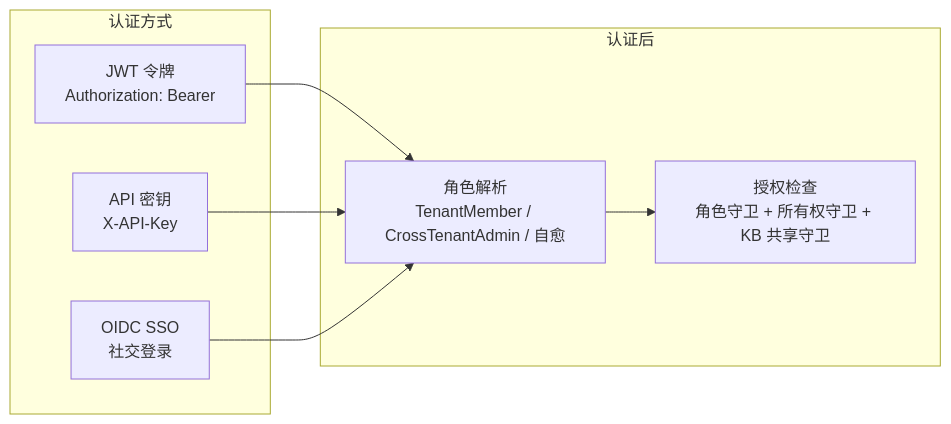
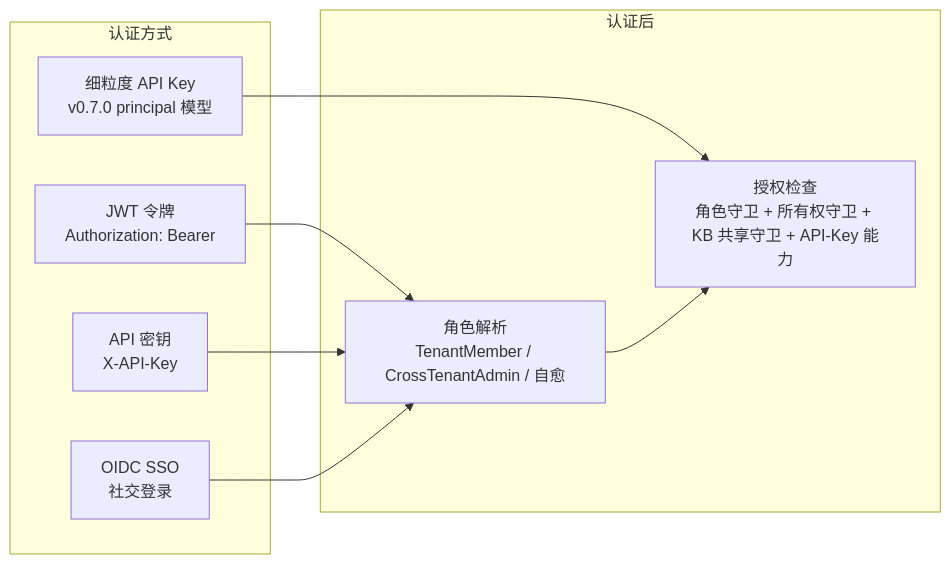
One commit to morehao/oss-insights changed the second of 3 diagrams in rag/weknora/README.md. Above: the diagram before and after it, drawn with Mermaid. The commit also changed other lines of this file and 9 other files, not shown here.

Commit message:
docs: add openworker architecture docs and refine weknora readme

````diff
--- a/rag/weknora/README.md
+++ b/rag/weknora/README.md
@@ -487,16 +517,18 @@
 ```mermaid
 graph LR
     subgraph "认证方式"
         JWT["JWT 令牌<br/>Authorization: Bearer"]
         APIKey["API 密钥<br/>X-API-Key"]
         OIDC["OIDC SSO<br/>社交登录"]
+        ScopedKey["细粒度 API Key<br/>v0.7.0 principal 模型"]
     end
     subgraph "认证后"
         Role["角色解析<br/>TenantMember / CrossTenantAdmin / 自愈"]
-        AuthZ["授权检查<br/>角色守卫 + 所有权守卫 + KB 共享守卫"]
+        AuthZ["授权检查<br/>角色守卫 + 所有权守卫 + KB 共享守卫 + API-Key 能力"]
     end
     JWT --> Role
     APIKey --> Role
     OIDC --> Role
+    ScopedKey --> AuthZ
     Role --> AuthZ
 ```
````
